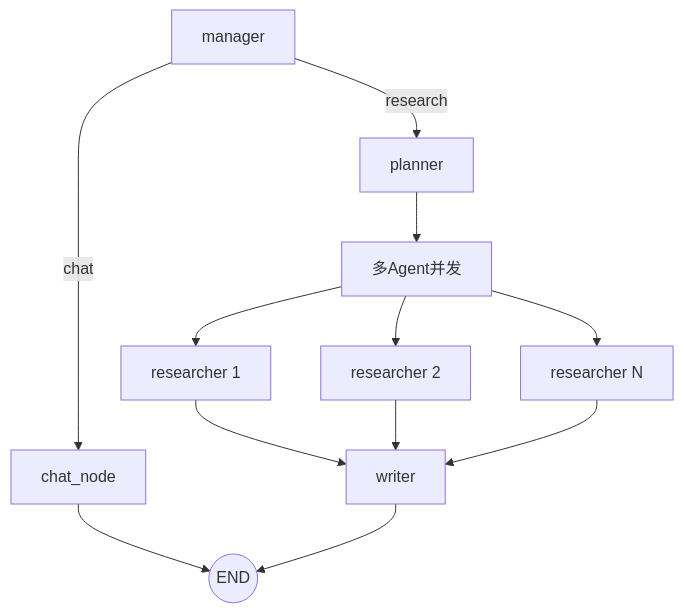
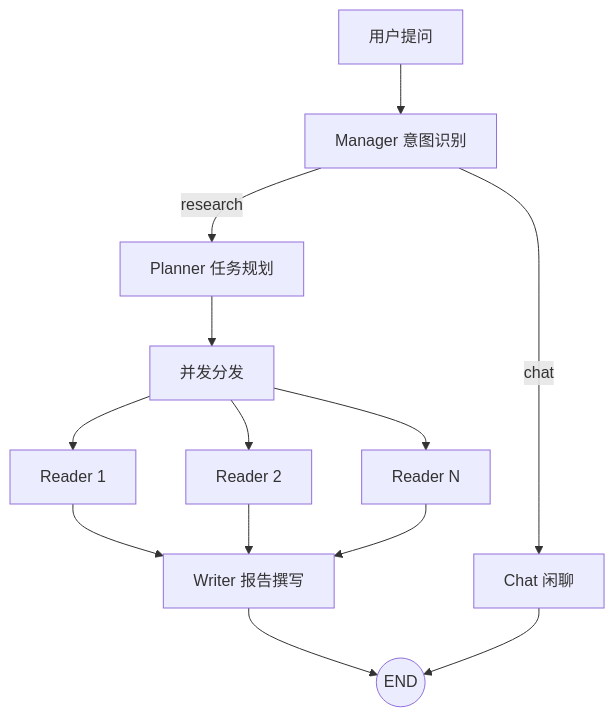
The diagram in README.md (Annyfee/private-knowledge-agent), drawn with Mermaid before and after one commit. The commit also changed other lines of this file and 29 other files, not shown here.

````diff
--- a/README.md
+++ b/README.md
@@ -44,14 +24,15 @@
 ```mermaid
 flowchart TD
-    M[manager] -->|chat| C[chat_node]
-    C --> END((END))
-    M -->|research| P[planner]
-    P --> D[多Agent并发]
-    D --> R1[researcher 1]
-    D --> R2[researcher 2]
-    D --> RN[researcher N]
-    R1 --> W[writer]
+    U[用户提问] --> M[Manager 意图识别]
+    M -->|chat| C[Chat 闲聊]
+    M -->|research| P[Planner 任务规划]
+    P --> D[并发分发]
+    D --> R1[Reader 1]
+    D --> R2[Reader 2]
+    D --> RN[Reader N]
+    R1 --> W[Writer 报告撰写]
     R2 --> W
     RN --> W
-    W --> END
+    W --> END((END))
+    C --> END
 ```
````
